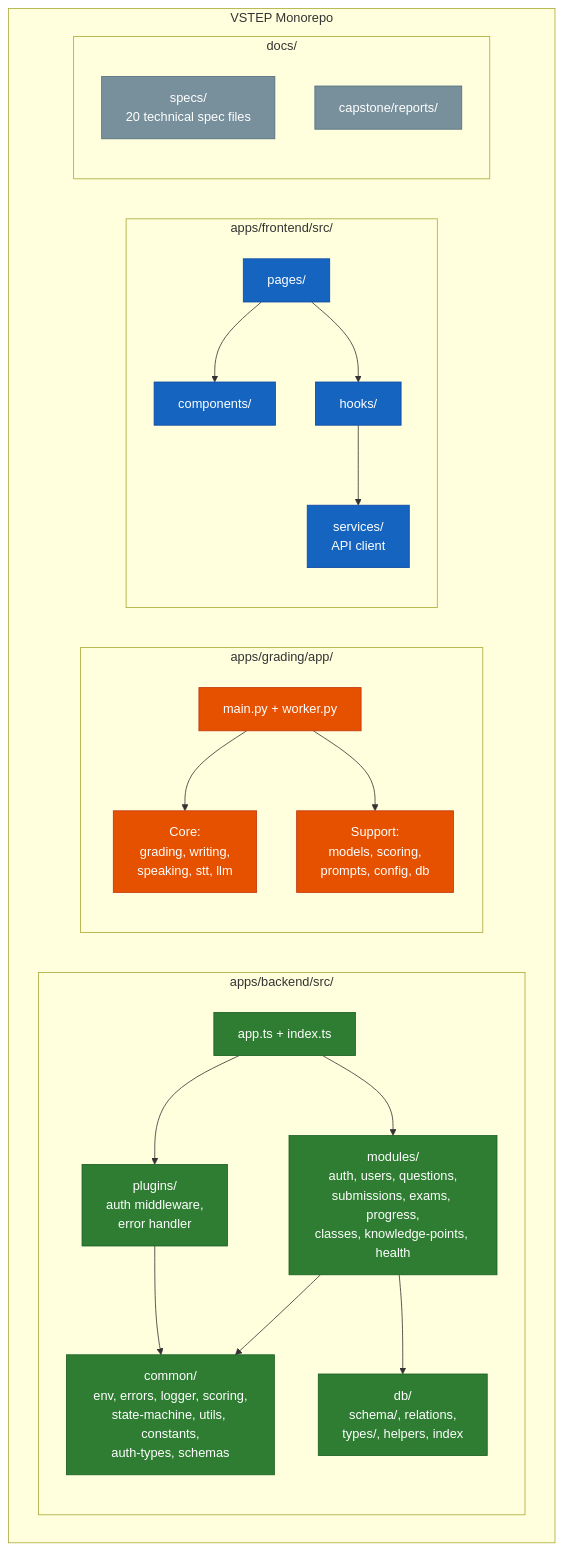
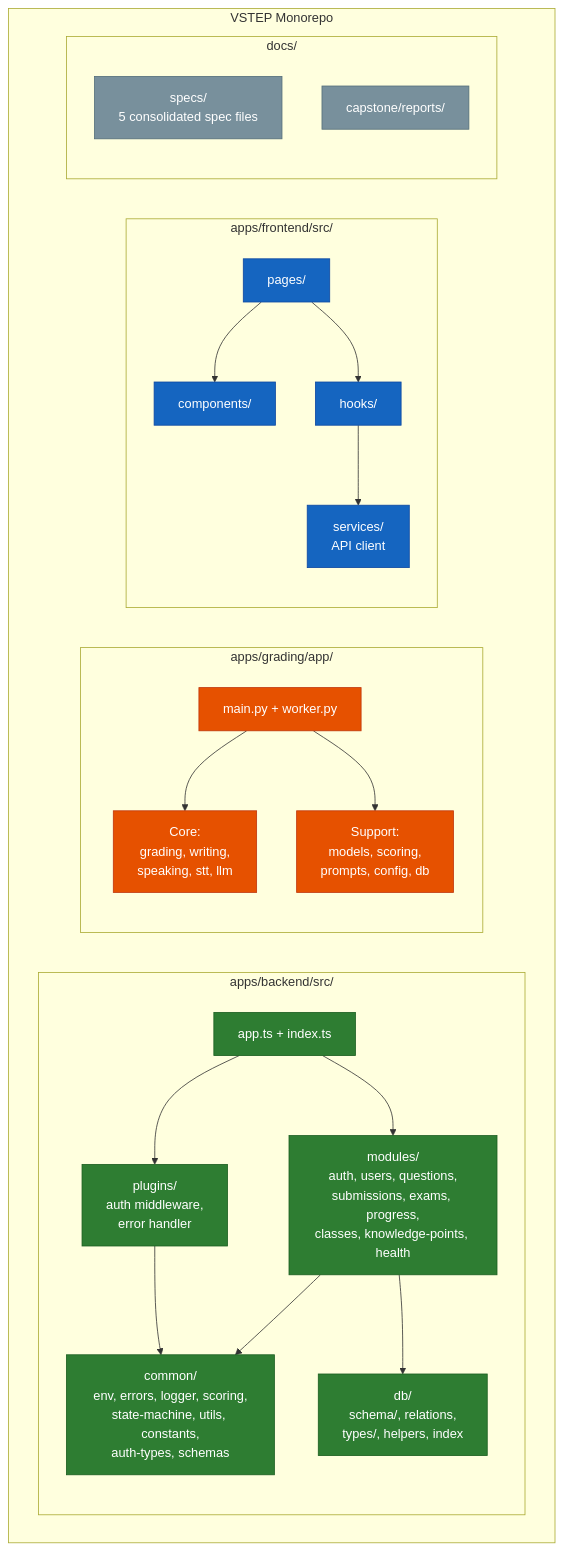
One commit to 81CuongVn/VSTEP changed the sixth of 16 diagrams in docs/capstone/reports/VI/report4-software-design-document.md. Above: the diagram before and after it, drawn with Mermaid. The commit also changed other lines of this file and 1 other file, not shown here.

````diff
--- a/docs/capstone/reports/VI/report4-software-design-document.md
+++ b/docs/capstone/reports/VI/report4-software-design-document.md
@@ -403,53 +397,53 @@
 ```mermaid
 flowchart TB
     subgraph Monorepo ["VSTEP Monorepo"]
         subgraph BackendPkg ["apps/backend/src/"]
             CommonPkg["common/<br/>env, errors, logger, scoring,<br/>state-machine, utils, constants,<br/>auth-types, schemas"]
             DBPkg["db/<br/>schema/, relations,<br/>types/, helpers, index"]
             ModulesPkg["modules/<br/>auth, users, questions,<br/>submissions, exams, progress,<br/>classes, knowledge-points, health"]
             PluginsPkg["plugins/<br/>auth middleware,<br/>error handler"]
             AppEntry["app.ts + index.ts"]
         end
 
         subgraph GradingPkg ["apps/grading/app/"]
             GradingCore["Core:<br/>grading, writing,<br/>speaking, stt, llm"]
             GradingSupport["Support:<br/>models, scoring,<br/>prompts, config, db"]
             GradingEntry["main.py + worker.py"]
         end
 
         subgraph FrontendPkg ["apps/frontend/src/"]
             FEPages["pages/"]
             FEComponents["components/"]
             FEHooks["hooks/"]
             FEServices["services/<br/>API client"]
         end
 
         subgraph DocsPkg ["docs/"]
-            Specs["specs/<br/>20 technical spec files"]
+            Specs["specs/<br/>5 consolidated spec files"]
             Reports["capstone/reports/"]
         end
     end
 
     AppEntry --> ModulesPkg
     AppEntry --> PluginsPkg
     ModulesPkg --> CommonPkg
     ModulesPkg --> DBPkg
     PluginsPkg --> CommonPkg
 
     GradingEntry --> GradingCore
     GradingEntry --> GradingSupport
 
     FEPages --> FEComponents
     FEPages --> FEHooks
     FEHooks --> FEServices
 
     classDef be fill:#2e7d32,stroke:#1b5e20,color:#fff
     classDef gr fill:#e65100,stroke:#bf360c,color:#fff
     classDef fe fill:#1565c0,stroke:#0d47a1,color:#fff
     classDef doc fill:#78909c,stroke:#546e7a,color:#fff
 
     class CommonPkg,DBPkg,ModulesPkg,PluginsPkg,AppEntry be
     class GradingCore,GradingSupport,GradingEntry gr
     class FEPages,FEComponents,FEHooks,FEServices fe
     class Specs,Reports doc
 ```
````
